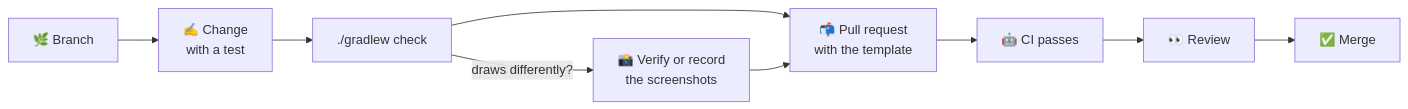
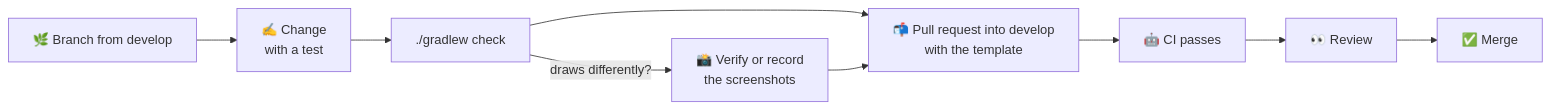
The first of 4 diagrams in CONTRIBUTING.md (qeetgroup/qeetrix-android), drawn with Mermaid before and after one commit. The commit also changed other lines of this file and 2 other files, not shown here.

Commit message:
ci: main takes develop only
Feature branches open their pull requests into develop, and only develop goes into main. Main
takes develop is a check main requires: a pull request into main from any other branch, a fork
or Dependabot fails it. The Version workflow starts it, with CI, on the commit it bumps, which a
workflow's own push leaves without results. The contributing docs say so.

````diff
--- a/CONTRIBUTING.md
+++ b/CONTRIBUTING.md
@@ -21,11 +21,11 @@
 ```mermaid
 flowchart LR
-    A["🌿 Branch"] --> B["✍️ Change<br/>with a test"]
+    A["🌿 Branch from develop"] --> B["✍️ Change<br/>with a test"]
     B --> C["./gradlew check"]
     C -- "draws differently?" --> D["📸 Verify or record<br/>the screenshots"]
-    C --> E["📬 Pull request<br/>with the template"]
+    C --> E["📬 Pull request into develop<br/>with the template"]
     D --> E
     E --> F["🤖 CI passes"]
     F --> G["👀 Review"]
     G --> H["✅ Merge"]
 ```
````
